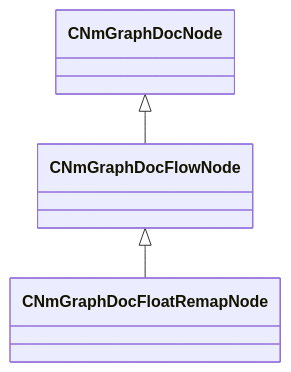
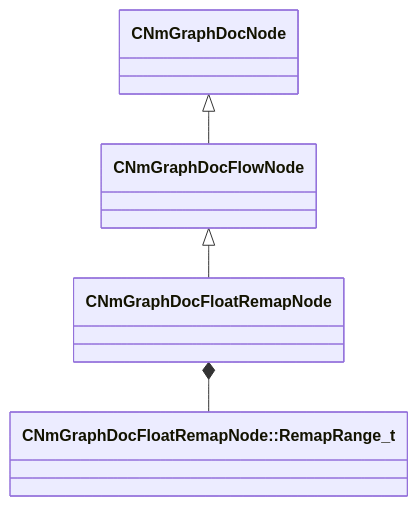
One commit to CS2OpenDev/CS2OpenDev-Docs changed the diagram in docs/generated/schemas/animdoclib/CNmGraphDocFloatRemapNode.md. Above: the diagram before and after it, drawn with Mermaid. The commit also changed other lines of this file and 4525 other files, not shown here.

````diff
--- a/docs/generated/schemas/animdoclib/CNmGraphDocFloatRemapNode.md
+++ b/docs/generated/schemas/animdoclib/CNmGraphDocFloatRemapNode.md
@@ -17,5 +19,6 @@
 ```mermaid
 classDiagram
     CNmGraphDocFlowNode <|-- CNmGraphDocFloatRemapNode
     CNmGraphDocNode <|-- CNmGraphDocFlowNode
+    CNmGraphDocFloatRemapNode *-- `CNmGraphDocFloatRemapNode::RemapRange_t`
 ```
````
